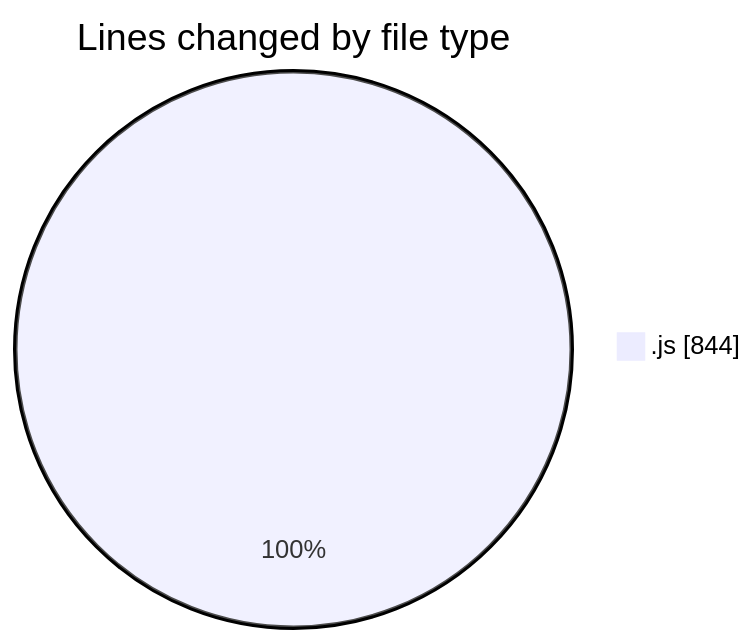
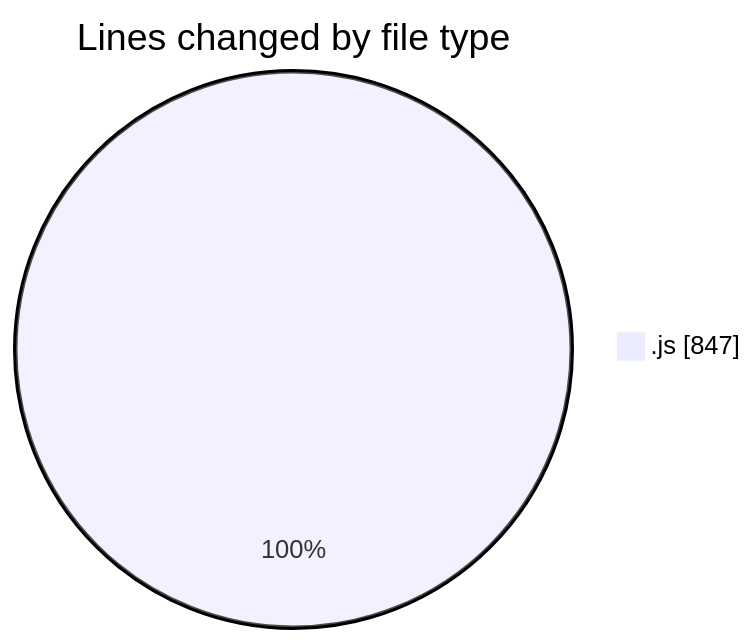
One commit to nxtqubesakshisongat/code-tracking changed the first of 2 diagrams in 2025-09-08/cashcalculator/README.md. Above: the diagram before and after it, drawn with Mermaid. The commit also changed other lines of this file and 1 other file, not shown here.

````diff
--- a/2025-09-08/cashcalculator/README.md
+++ b/2025-09-08/cashcalculator/README.md
@@ -20,5 +20,5 @@
 ```mermaid
 pie showData
 title Lines changed by file type
-".js" : 844
+".js" : 847
 ```
````
